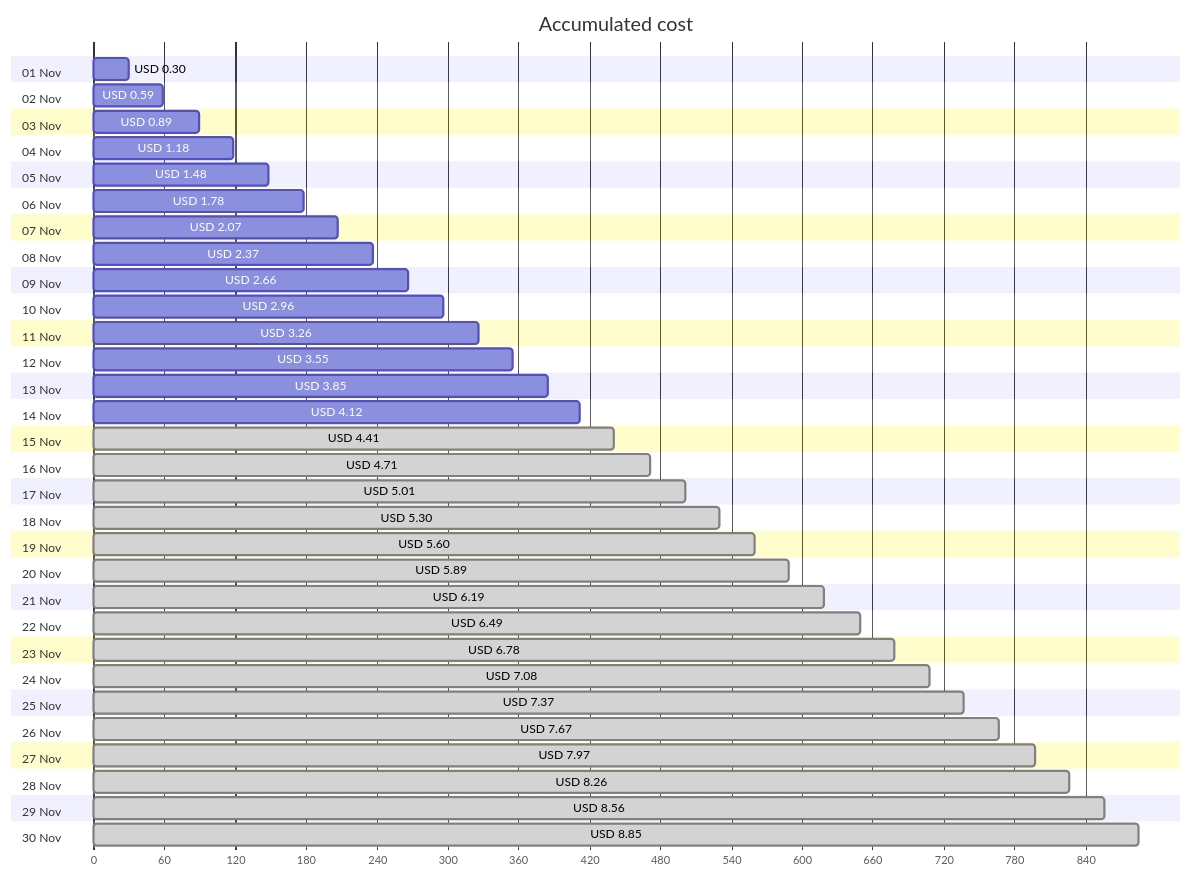
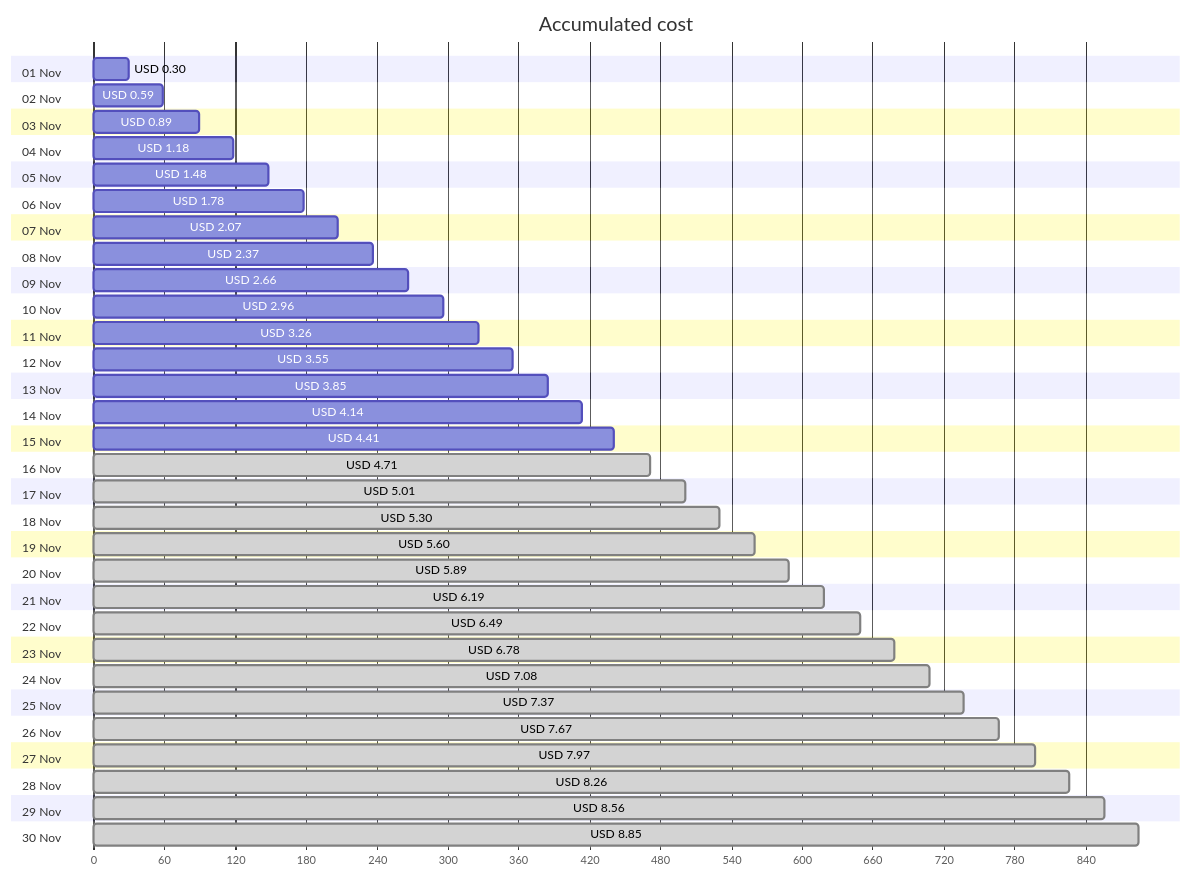
One commit to jpfulton/azure-personal-reports changed the first of 4 diagrams in cost-reports/personal-site/personal-site-preview.md. Above: the diagram before and after it, drawn with Mermaid. The commit also changed other lines of this file and 6 other files, not shown here.

````diff
--- a/cost-reports/personal-site/personal-site-preview.md
+++ b/cost-reports/personal-site/personal-site-preview.md
@@ -20,66 +20,66 @@
 ```mermaid
 gantt
    title Accumulated cost
    dateFormat  X
    axisFormat %s
    section 01 Nov
    USD 0.30 :0, 30
    section 02 Nov
    USD 0.59 :0, 59
    section 03 Nov
    USD 0.89 :0, 89
    section 04 Nov
    USD 1.18 :0, 118
    section 05 Nov
    USD 1.48 :0, 148
    section 06 Nov
    USD 1.78 :0, 178
    section 07 Nov
    USD 2.07 :0, 207
    section 08 Nov
    USD 2.37 :0, 237
    section 09 Nov
    USD 2.66 :0, 266
    section 10 Nov
    USD 2.96 :0, 296
    section 11 Nov
    USD 3.26 :0, 326
    section 12 Nov
    USD 3.55 :0, 355
    section 13 Nov
    USD 3.85 :0, 385
    section 14 Nov
-   USD 4.12 :0, 412
+   USD 4.14 :0, 414
    section 15 Nov
-   USD 4.41 : done, 0, 441
+   USD 4.41 :0, 441
    section 16 Nov
    USD 4.71 : done, 0, 471
    section 17 Nov
    USD 5.01 : done, 0, 501
    section 18 Nov
    USD 5.30 : done, 0, 530
    section 19 Nov
    USD 5.60 : done, 0, 560
    section 20 Nov
    USD 5.89 : done, 0, 589
    section 21 Nov
    USD 6.19 : done, 0, 619
    section 22 Nov
    USD 6.49 : done, 0, 649
    section 23 Nov
    USD 6.78 : done, 0, 678
    section 24 Nov
    USD 7.08 : done, 0, 708
    section 25 Nov
    USD 7.37 : done, 0, 737
    section 26 Nov
    USD 7.67 : done, 0, 767
    section 27 Nov
    USD 7.97 : done, 0, 797
    section 28 Nov
    USD 8.26 : done, 0, 826
    section 29 Nov
    USD 8.56 : done, 0, 856
    section 30 Nov
    USD 8.85 : done, 0, 885
 ```
````
